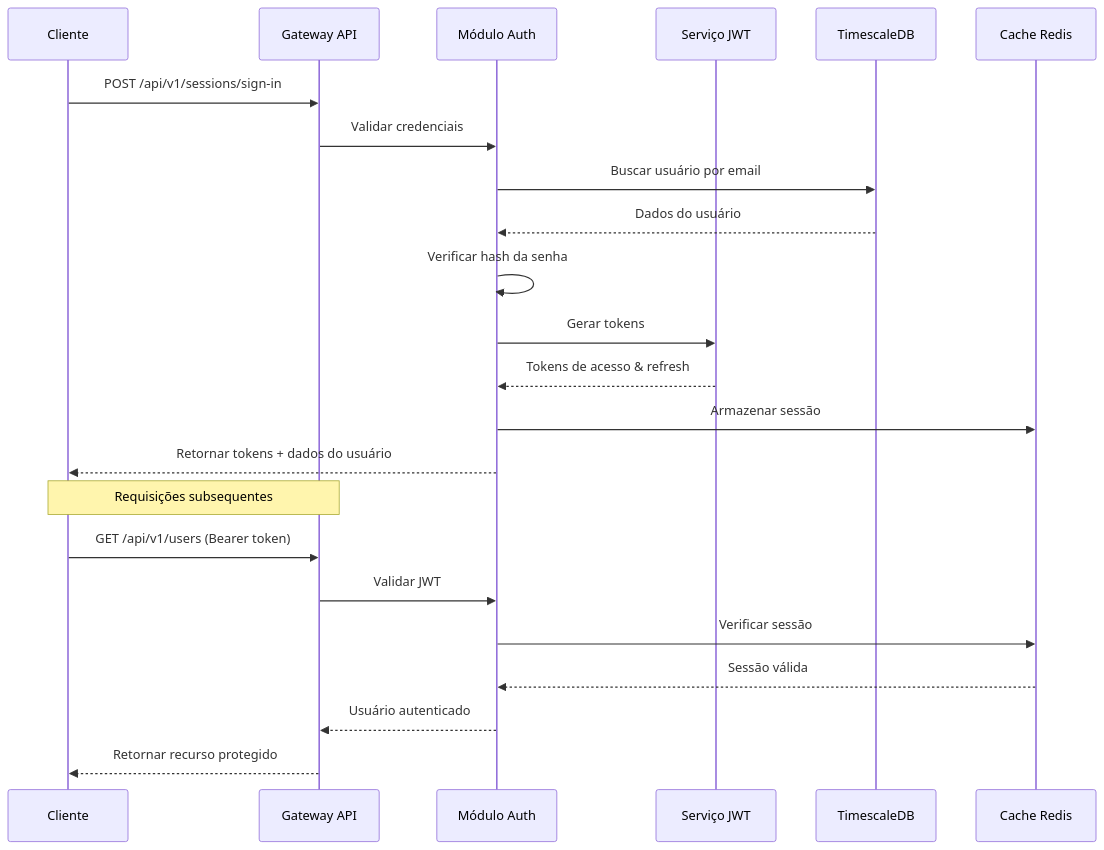
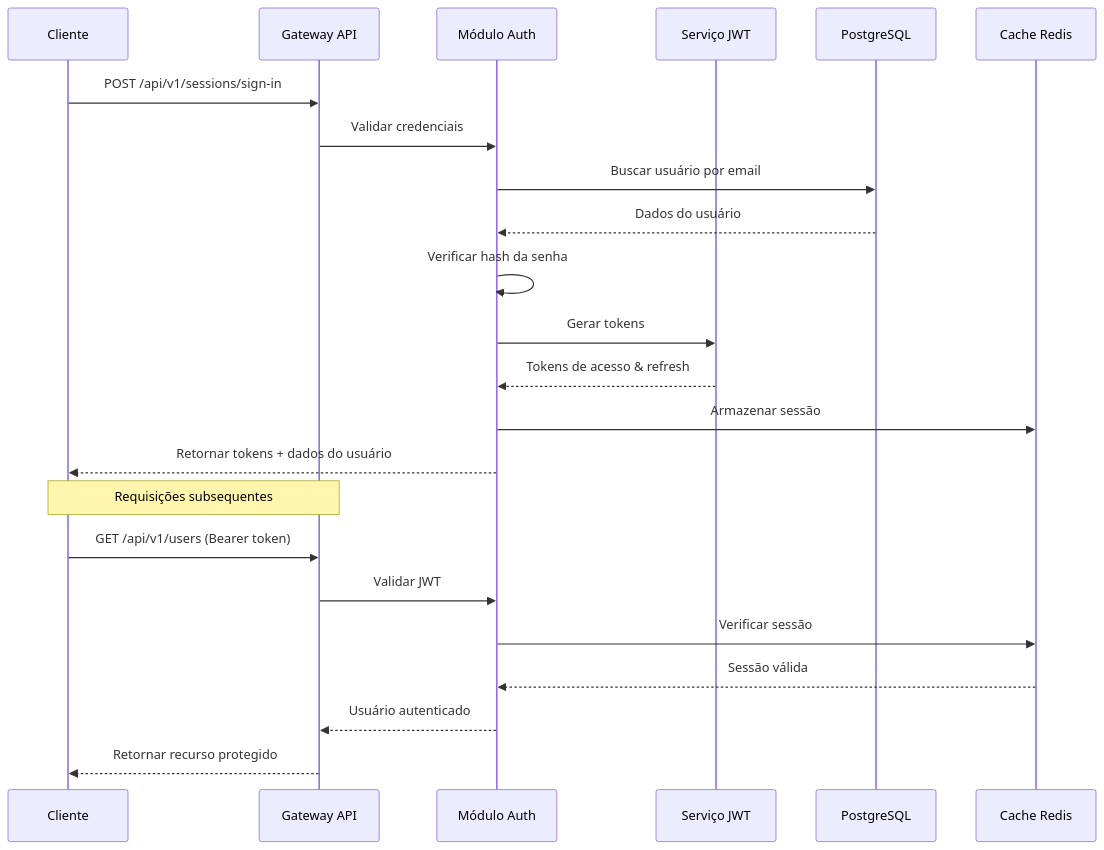
One commit to gabrielmaialva33/base-acl-api changed the second of 7 diagrams in README-pt.md. Above: the diagram before and after it, drawn with Mermaid. The commit also changed other lines of this file and 1 other file, not shown here.

First line of the commit message:
refactor(docs): replace TimescaleDB mentions with PostgreSQL

````diff
--- a/README-pt.md
+++ b/README-pt.md
@@ -116,28 +116,28 @@
 ```mermaid
 sequenceDiagram
     participant C as Cliente
     participant API as Gateway API
     participant AUTH as Módulo Auth
     participant JWT as Serviço JWT
-    participant DB as TimescaleDB
+    participant DB as PostgreSQL
     participant REDIS as Cache Redis
 
     C->>API: POST /api/v1/sessions/sign-in
     API->>AUTH: Validar credenciais
     AUTH->>DB: Buscar usuário por email
     DB-->>AUTH: Dados do usuário
     AUTH->>AUTH: Verificar hash da senha
     AUTH->>JWT: Gerar tokens
     JWT-->>AUTH: Tokens de acesso & refresh
     AUTH->>REDIS: Armazenar sessão
     AUTH-->>C: Retornar tokens + dados do usuário
 
     Note over C,API: Requisições subsequentes
 
     C->>API: GET /api/v1/users (Bearer token)
     API->>AUTH: Validar JWT
     AUTH->>REDIS: Verificar sessão
     REDIS-->>AUTH: Sessão válida
     AUTH-->>API: Usuário autenticado
     API-->>C: Retornar recurso protegido
 ```
````
